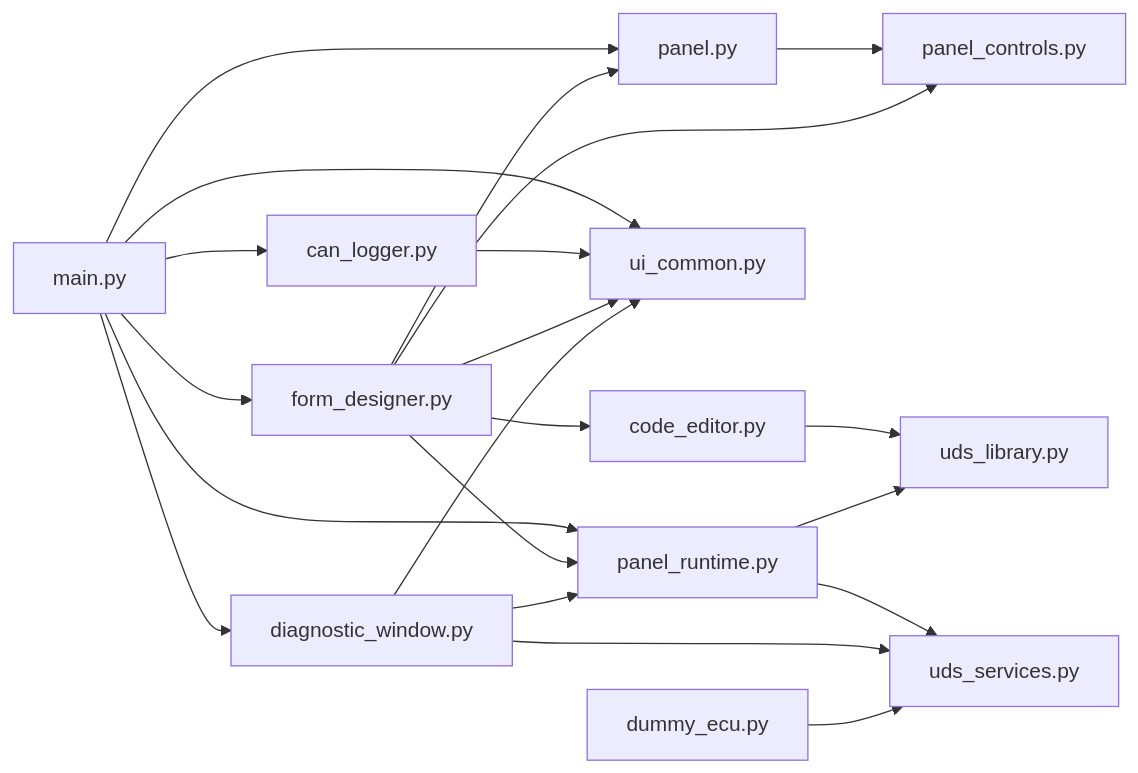
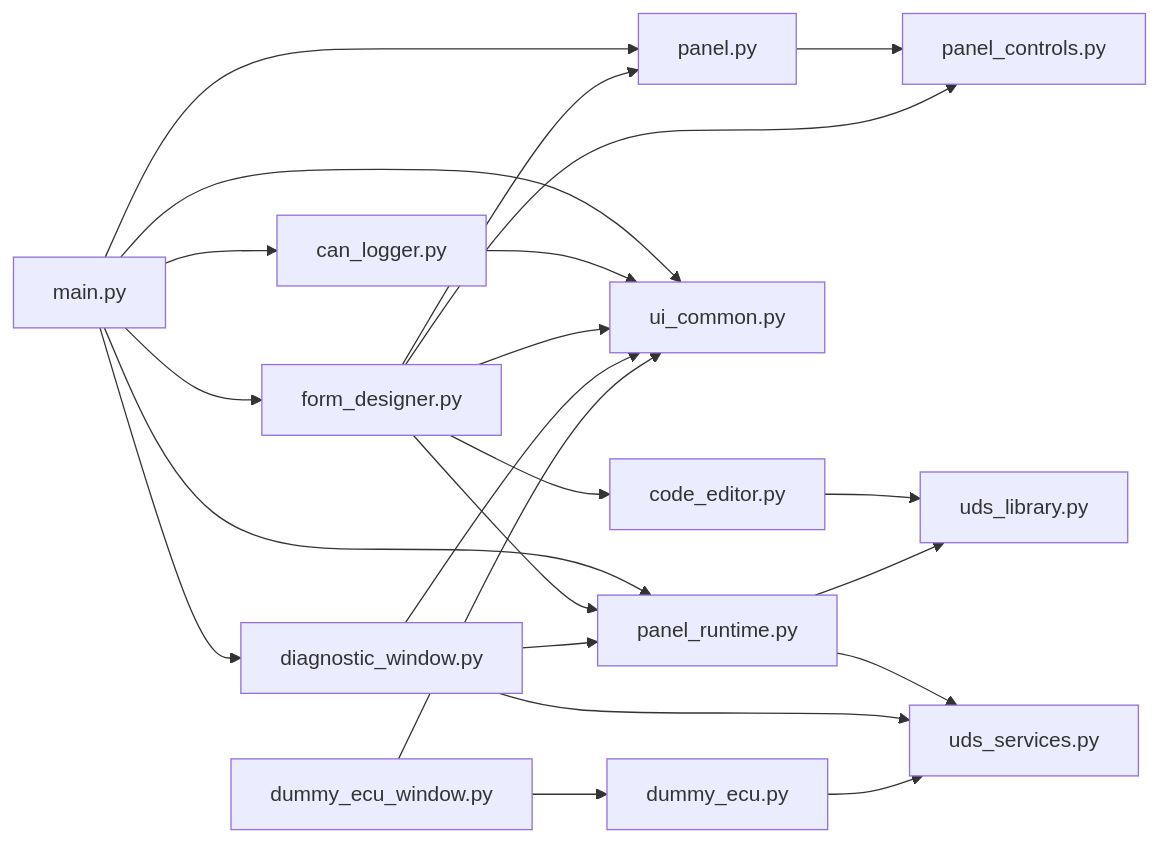
Before and after one commit to HyperFluxQc/CanExpert: the first of 4 diagrams in DOCUMENTATION.md, drawn with Mermaid. The commit also changed other lines of this file and 8 other files, not shown here.

First line of the commit message:
Configurable Dummy ECU window; keep checking ECUs after Disconnect

````diff
--- a/DOCUMENTATION.md
+++ b/DOCUMENTATION.md
@@ -21,24 +21,26 @@
 ```mermaid
 flowchart LR
     main["main.py"]
     main --> panel["panel.py"]
     main --> panel_runtime["panel_runtime.py"]
     main --> form_designer["form_designer.py"]
     main --> can_logger["can_logger.py"]
     main --> diagnostic_window["diagnostic_window.py"]
     main --> ui_common["ui_common.py"]
     form_designer --> panel
     form_designer --> panel_runtime
     form_designer --> code_editor["code_editor.py"]
     code_editor --> uds_library["uds_library.py"]
     panel_runtime --> uds_library
     panel --> panel_controls["panel_controls.py"]
     form_designer --> panel_controls
     panel_runtime --> uds_services["uds_services.py"]
     diagnostic_window --> panel_runtime
     diagnostic_window --> uds_services
     can_logger --> ui_common
     form_designer --> ui_common
     diagnostic_window --> ui_common
     dummy_ecu["dummy_ecu.py"] --> uds_services
+    dummy_ecu_window["dummy_ecu_window.py"] --> dummy_ecu
+    dummy_ecu_window --> ui_common
 ```
````
